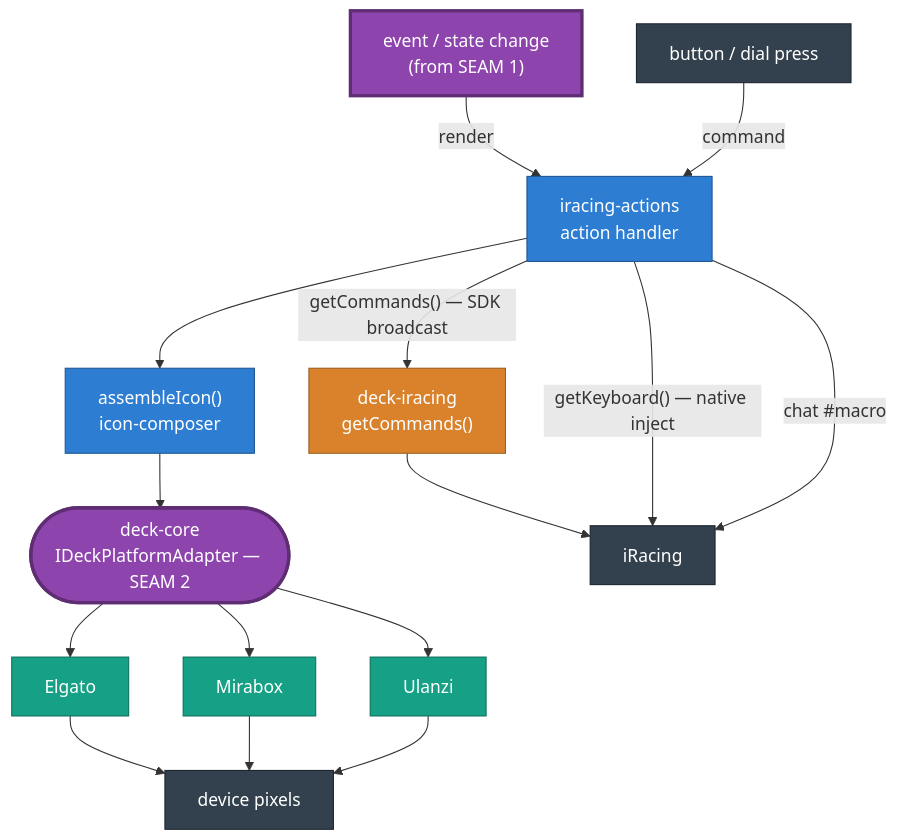
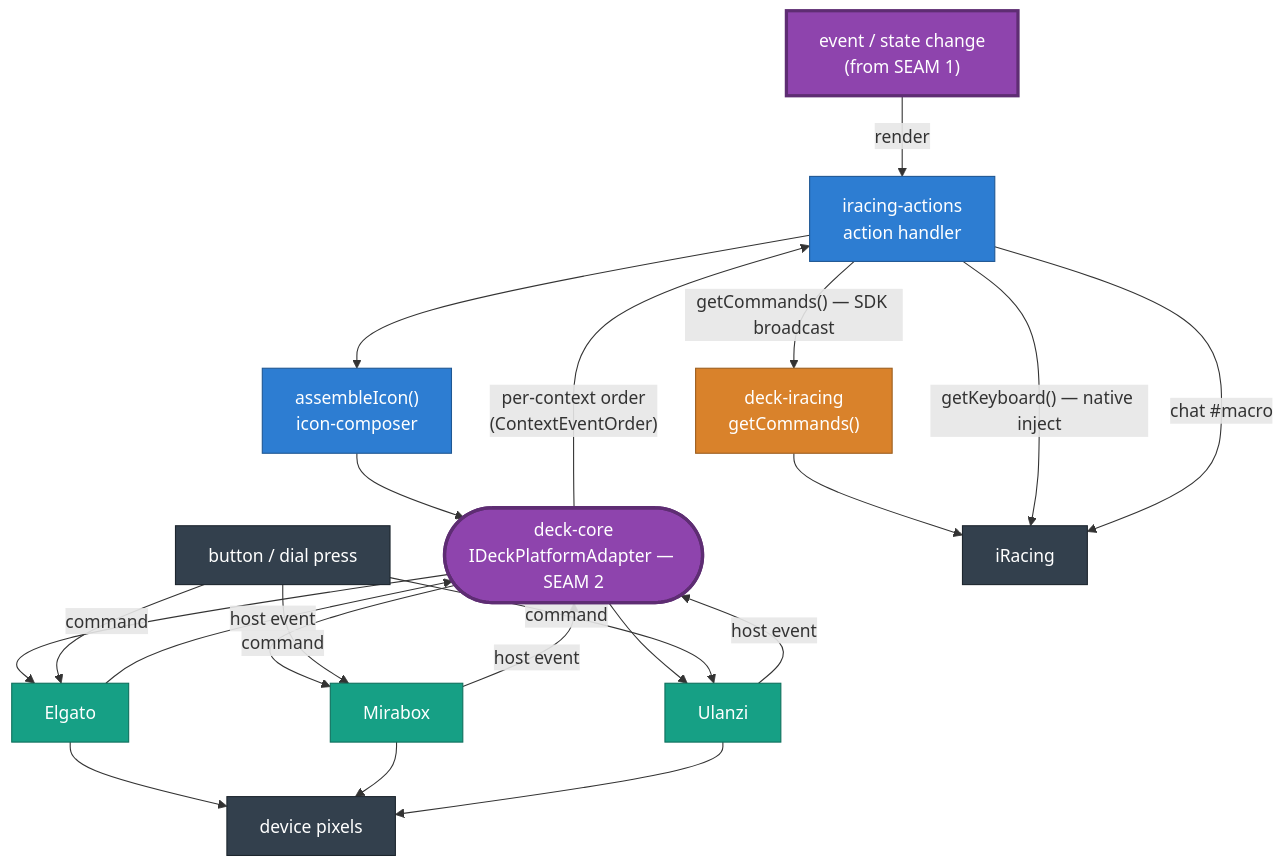
One commit to niklam/iracedeck changed the third of 8 diagrams in packages/website/src/content/docs/docs/development/architecture.md. Above: the diagram before and after it, drawn with Mermaid. The commit also changed other lines of this file and 26 other files, not shown here.

First line of the commit message:
fix(deck-core): order each context's lifecycle events on every deck adapter (#1597) (#1623)

````diff
--- a/packages/website/src/content/docs/docs/development/architecture.md
+++ b/packages/website/src/content/docs/docs/development/architecture.md
@@ -121,36 +121,42 @@
 ```mermaid
 flowchart TB
   evt["event / state change<br/>(from SEAM 1)"]:::seam
   press["button / dial press"]:::ext
   action["iracing-actions<br/>action handler"]:::core
   icon["assembleIcon()<br/>icon-composer"]:::core
   core(["deck-core<br/>IDeckPlatformAdapter — SEAM 2"]):::seam
   dkir["deck-iracing<br/>getCommands()"]:::sim
   elg["Elgato"]:::adp
   mir["Mirabox"]:::adp
   ula["Ulanzi"]:::adp
   dev["device pixels"]:::ext
   ir["iRacing"]:::ext
 
   evt -->|"render"| action
   action --> icon
   icon --> core
   core --> elg
   core --> mir
   core --> ula
   elg --> dev
   mir --> dev
   ula --> dev
 
-  press -->|"command"| action
+  press -->|"command"| elg
+  press -->|"command"| mir
+  press -->|"command"| ula
+  elg -->|"host event"| core
+  mir -->|"host event"| core
+  ula -->|"host event"| core
+  core -->|"per-context order<br/>(ContextEventOrder)"| action
   action -->|"getCommands() — SDK broadcast"| dkir
   dkir --> ir
   action -->|"getKeyboard() — native inject"| ir
   action -->|"chat #macro"| ir
 
   classDef ext fill:#33404d,color:#fff,stroke:#1d262e;
   classDef sim fill:#d9822b,color:#fff,stroke:#9c5e1f;
   classDef seam fill:#8e44ad,color:#fff,stroke:#5e2d73,stroke-width:3px;
   classDef core fill:#2d7dd2,color:#fff,stroke:#1f5793;
   classDef adp fill:#16a085,color:#fff,stroke:#0e6f5c;
 ```
````
